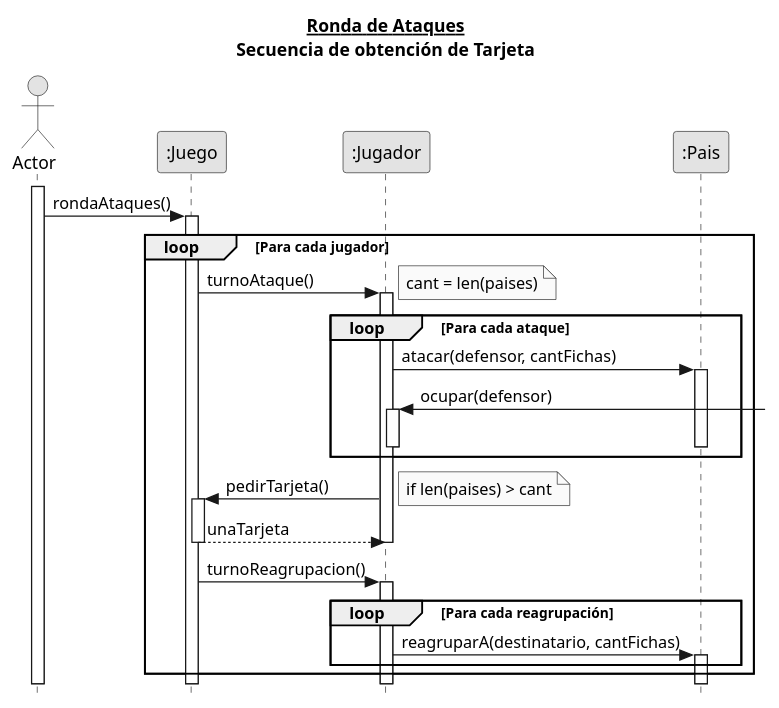
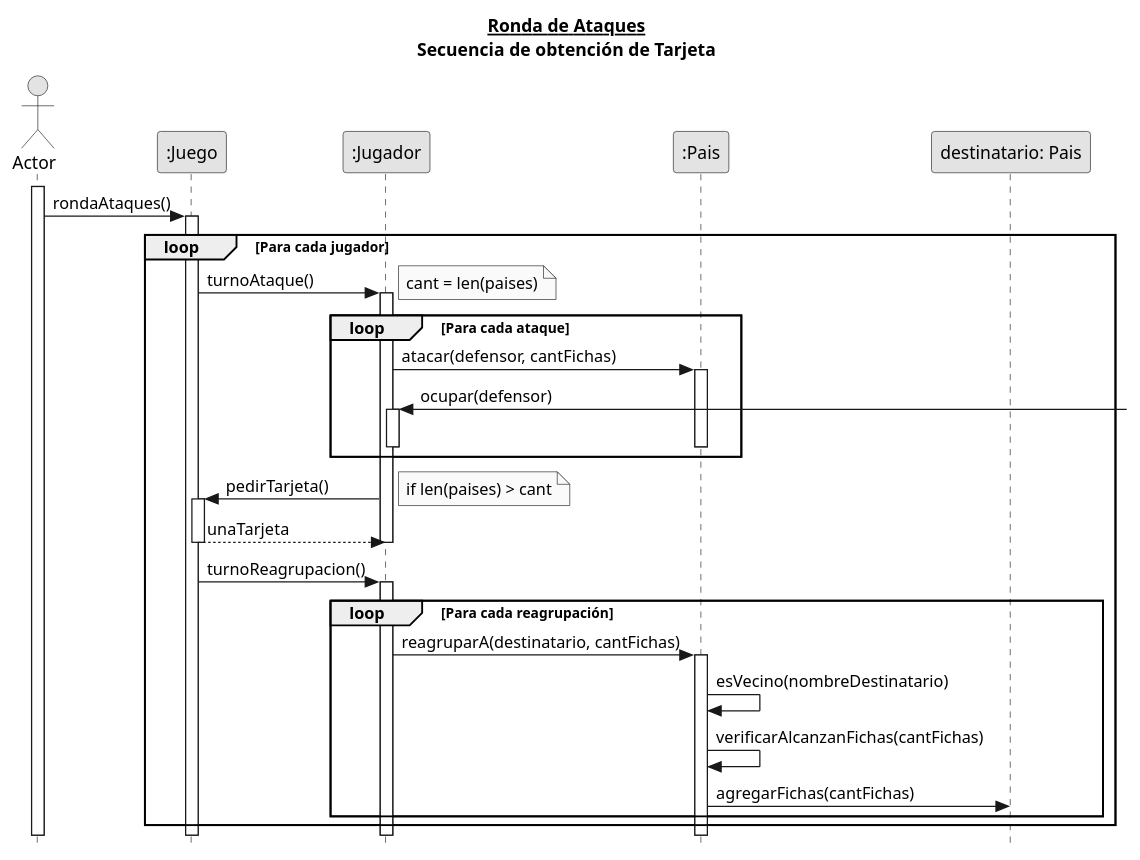
Before and after one commit to Gabrielsem/A.L.T.E.G.O.: the diagram in UML/tarjetas.plantuml, drawn with PlantUML.

Commit message:
Actualizo Turno Reagrupacion en UML tarjetas

```diff
--- a/UML/tarjetas.plantuml
+++ b/UML/tarjetas.plantuml
@@ -1,41 +1,44 @@
 @startuml
 title
 **__Ronda de Ataques__**
 Secuencia de obtención de Tarjeta
 end title
 skinparam responseMessageBelowArrow true
 skinparam monochrome true
 skinparam style strictuml
 hide footbox
 
 actor Actor
 participant jueg as ":Juego"
 participant jug as ":Jugador"
 participant pais as ":Pais"
 
 Actor ++
 Actor -> jueg ++: rondaAtaques()
 
 loop Para cada jugador
     jueg -> jug ++: turnoAtaque()
     note right: cant = len(paises)
     loop Para cada ataque
         jug -> pais ++: atacar(defensor, cantFichas)
         jug <-] ++: ocupar(defensor)
         pais --
         jug --
     end loop
 
     jug -> jueg ++: pedirTarjeta()
     note right: if len(paises) > cant
     jueg --> jug --: unaTarjeta
     deactivate jug
 
     jueg -> jug ++: turnoReagrupacion()
     loop Para cada reagrupación
         jug -> pais ++: reagruparA(destinatario, cantFichas)
+        pais -> pais: esVecino(nombreDestinatario)
+        pais -> pais: verificarAlcanzanFichas(cantFichas)
+        pais -> "destinatario: Pais": agregarFichas(cantFichas)
     end loop
 
 end loop
 
 @enduml
```
